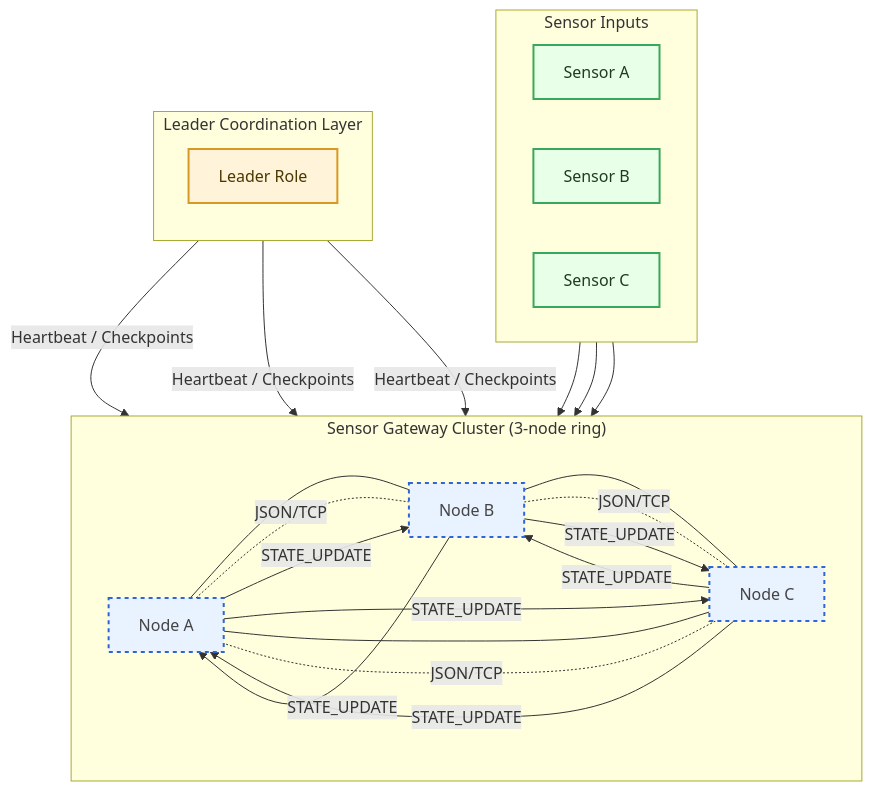
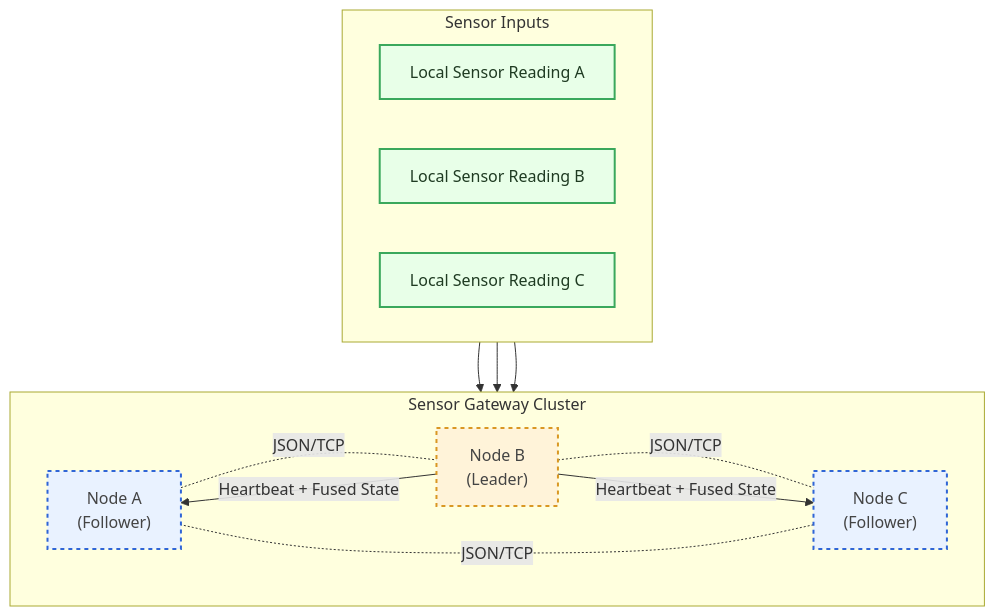
One commit to Yusuboy/dist-sensor-fusion changed the diagram in docks/architecture/architecture_diagram.md. Above: the diagram before and after it, drawn with Mermaid. The commit also changed 2 other files, not shown here.

Commit message:
update README and Diagrams

````diff
--- a/docks/architecture/architecture_diagram.md
+++ b/docks/architecture/architecture_diagram.md
@@ -1,70 +1,47 @@
 ```mermaid
 flowchart TB
 
 %% --------------------------
 %% STYLE DEFINITIONS
 %% --------------------------
 classDef node fill:#e9f2ff,stroke:#2f65d6,stroke-width:2px,color:#0b1f45;
 classDef leader fill:#fff3d9,stroke:#d99723,stroke-width:2px,color:#4a3800;
 classDef sensor fill:#e8ffe8,stroke:#3aa85c,stroke-width:2px,color:#1f3b22;
 classDef traffic stroke-dasharray: 4 4,color:#444;
 
 %% ==========================
 %% TOP LAYER — SENSORS
 %% ==========================
 subgraph SENSORS ["Sensor Inputs"]
 direction LR
-    S1["Sensor A"]:::sensor
-    S2["Sensor B"]:::sensor
-    S3["Sensor C"]:::sensor
+    S1["Local Sensor Reading A"]:::sensor
+    S2["Local Sensor Reading B"]:::sensor
+    S3["Local Sensor Reading C"]:::sensor
 end
 
 %% ==========================
-%% MIDDLE LAYER — CLUSTER
+%% CLUSTER
 %% ==========================
-subgraph CLUSTER ["Sensor Gateway Cluster (3-node ring)"]
+subgraph CLUSTER ["Sensor Gateway Cluster"]
 direction LR
-    A["Node A"]:::node
-    B["Node B"]:::node
-    C["Node C"]:::node
+    A["Node A\n(Follower)"]:::node
+    B["Node B\n(Leader)"]:::leader
+    C["Node C\n(Follower)"]:::node
 end
 
-%% SENSOR → NODE MAPPING
+%% SENSOR → NODE
 S1 --> A
 S2 --> B
 S3 --> C
 
-%% NODE INTERLINKS (Physical / Sync)
-A --- B
-B --- C
-C --- A
-
-%% Logical / Protocol Paths
+%% CONTROL PLANE (ELECTION / HEARTBEATS)
 A -. "JSON/TCP" .- B:::traffic
 B -. "JSON/TCP" .- C:::traffic
 C -. "JSON/TCP" .- A:::traffic
 
-%% ==========================
-%% BOTTOM LAYER — LEADER
-%% ==========================
-subgraph CONTROL ["Leader Coordination Layer"]
-direction TB
-    L["Leader Role"]:::leader
-end
-
-L -->|Heartbeat / Checkpoints| A
-L -->|Heartbeat / Checkpoints| B
-L -->|Heartbeat / Checkpoints| C
-
-%% ==========================
-%% STATE PROPAGATION
-%% ==========================
-A -->|STATE_UPDATE| B
-A -->|STATE_UPDATE| C
-B -->|STATE_UPDATE| A
-B -->|STATE_UPDATE| C
-C -->|STATE_UPDATE| A
-C -->|STATE_UPDATE| B
+%% DATA / STATE FLOW
+B -->|Heartbeat + Fused State| A
+B -->|Heartbeat + Fused State| C
 
 
 ```
````
